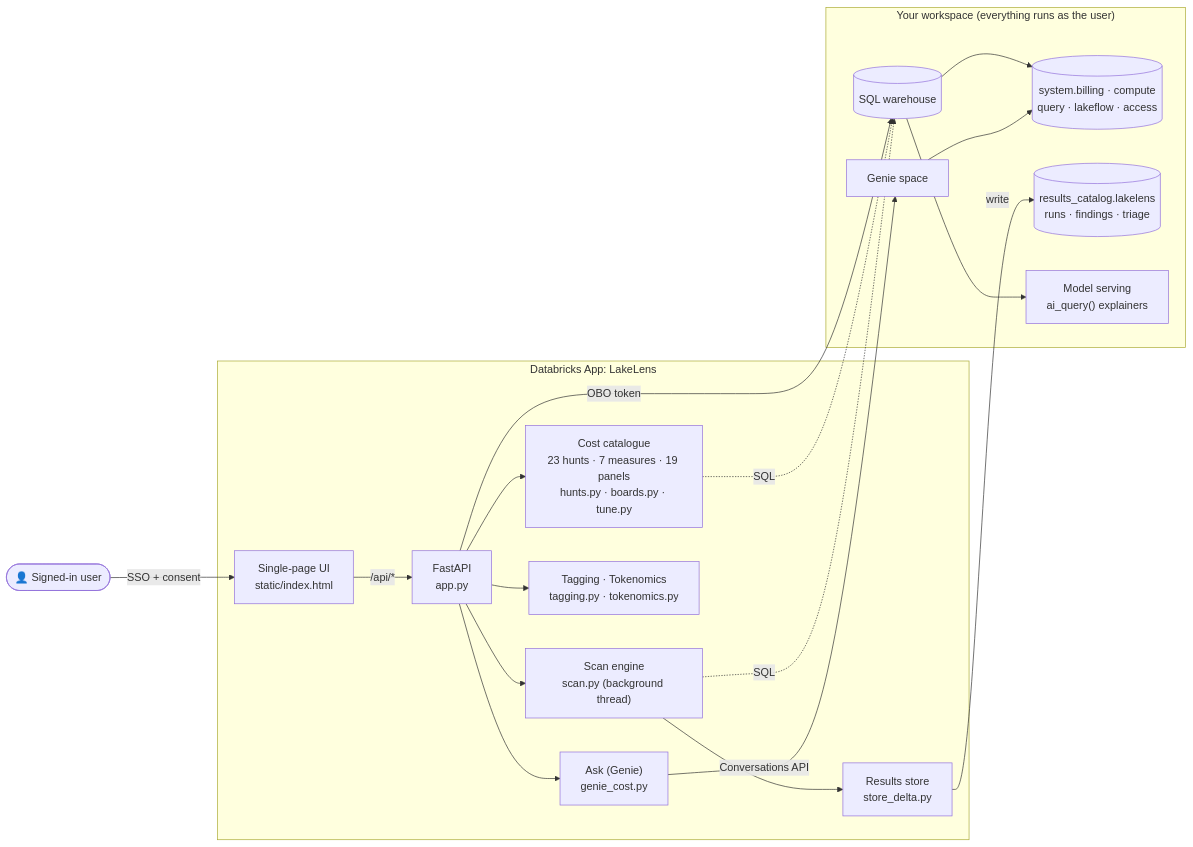
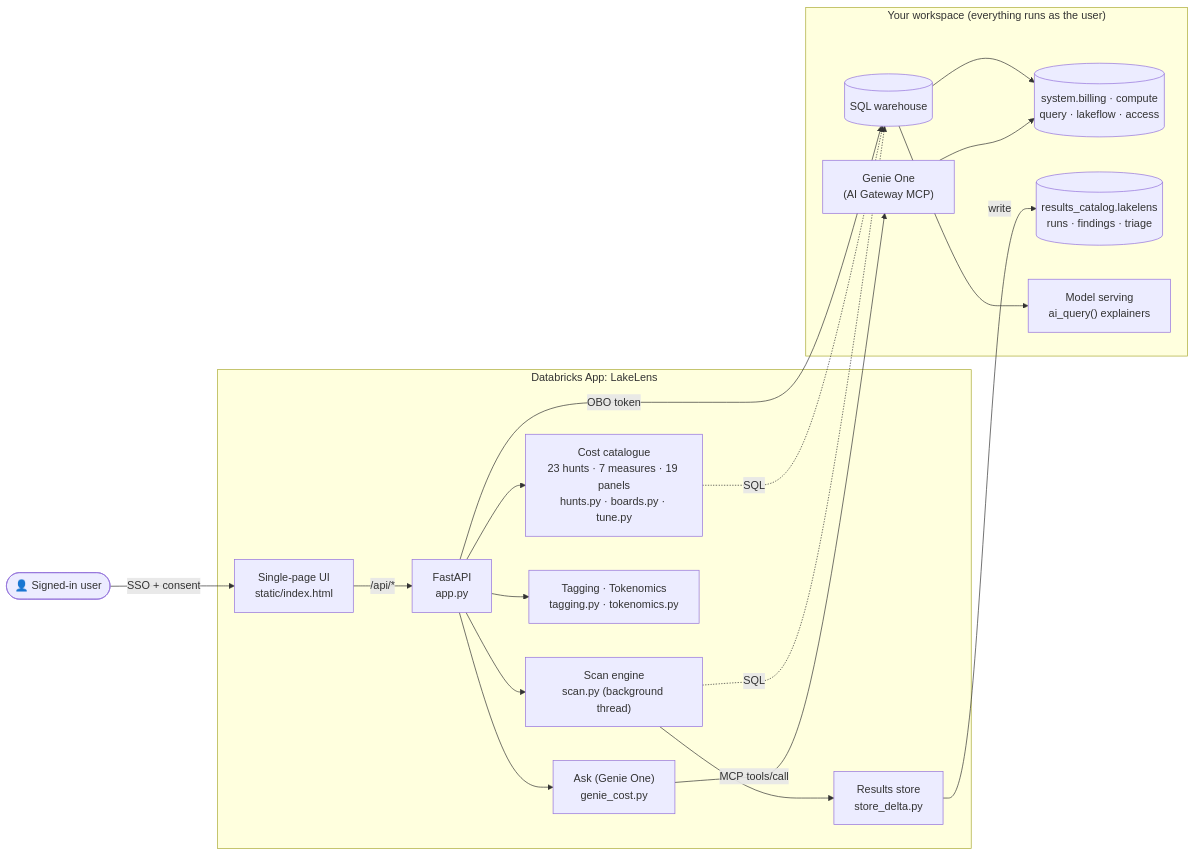
One commit to danny-db/lakelens changed the diagram in README.md. Above: the diagram before and after it, drawn with Mermaid. The commit also changed other lines of this file and 4 other files, not shown here.

First line of the commit message:
Switch the Ask tab to Genie One

````diff
--- a/README.md
+++ b/README.md
@@ -15,30 +15,30 @@
 ```mermaid
 flowchart LR
     U(["👤 Signed-in user"]) -->|SSO + consent| UI
 
     subgraph APP["Databricks App: LakeLens"]
         UI["Single-page UI<br/>static/index.html"] -->|/api/*| API["FastAPI<br/>app.py"]
         API --> CAT["Cost catalogue<br/>23 hunts · 7 measures · 19 panels<br/>hunts.py · boards.py · tune.py"]
         API --> SCAN["Scan engine<br/>scan.py (background thread)"]
         API --> TOOLS["Tagging · Tokenomics<br/>tagging.py · tokenomics.py"]
-        API --> ASK["Ask (Genie)<br/>genie_cost.py"]
+        API --> ASK["Ask (Genie One)<br/>genie_cost.py"]
         SCAN --> STORE["Results store<br/>store_delta.py"]
     end
 
     subgraph WS["Your workspace (everything runs as the user)"]
         WH[("SQL warehouse")]
         SYS[("system.billing · compute<br/>query · lakeflow · access")]
         DELTA[("results_catalog.lakelens<br/>runs · findings · triage")]
         FM["Model serving<br/>ai_query() explainers"]
-        GENIE["Genie space"]
+        GENIE["Genie One<br/>(AI Gateway MCP)"]
     end
 
     API -->|OBO token| WH
     CAT -. SQL .-> WH
     SCAN -. SQL .-> WH
     WH --> SYS
     WH --> FM
     STORE -->|write| DELTA
-    ASK -->|Conversations API| GENIE
+    ASK -->|MCP tools/call| GENIE
     GENIE --> SYS
 ```
````
